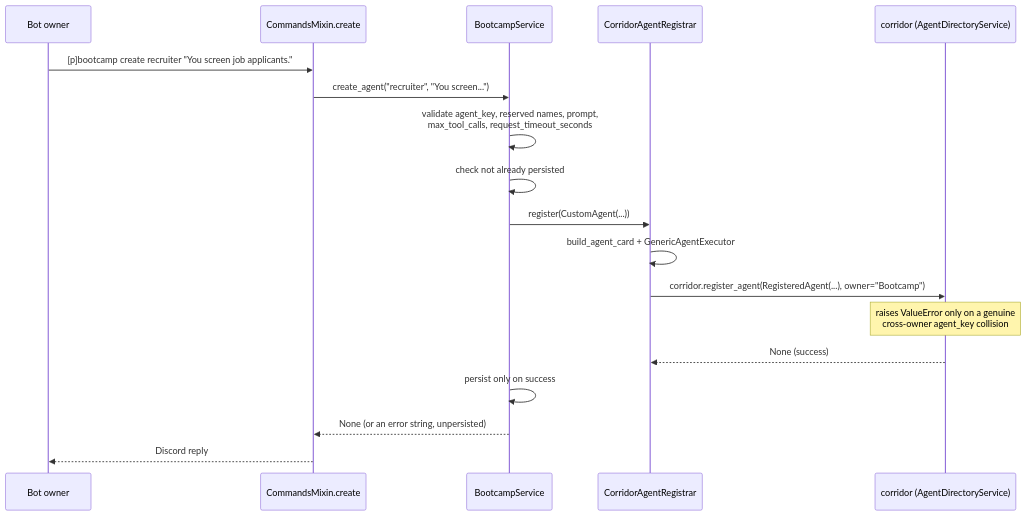
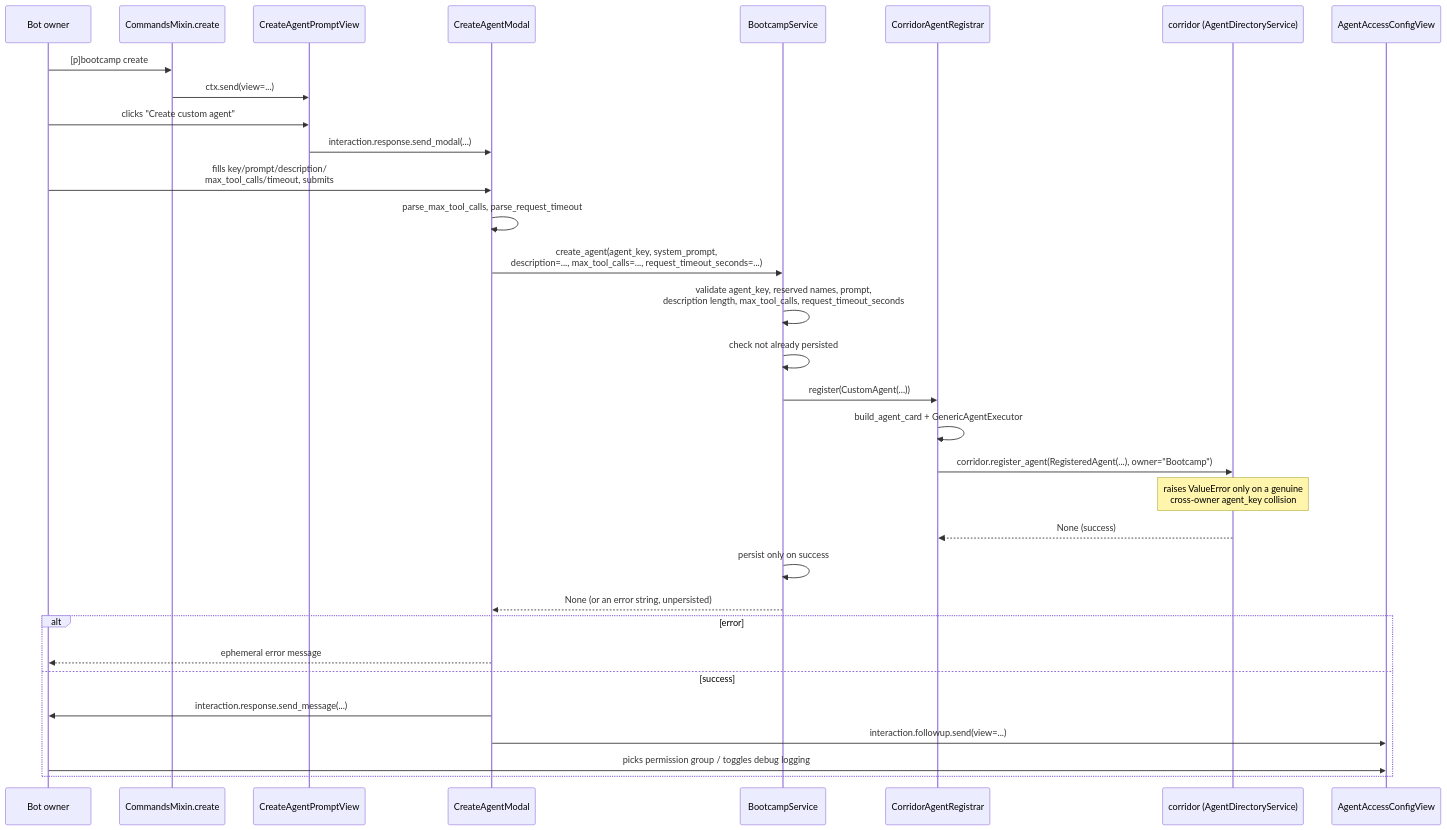
The second of 4 diagrams in docs/bootcamp-design.md (pixel-agents-hq/pixel-agents-cogs), drawn with Mermaid before and after one commit. The commit also changed other lines of this file and 16 other files, not shown here.

````diff
--- a/docs/bootcamp-design.md
+++ b/docs/bootcamp-design.md
@@ -144,21 +175,35 @@
 ```mermaid
 sequenceDiagram
     participant Owner as Bot owner
     participant Cmd as CommandsMixin.create
+    participant Prompt as CreateAgentPromptView
+    participant Modal as CreateAgentModal
     participant Svc as BootcampService
     participant Reg as CorridorAgentRegistrar
     participant Dir as corridor (AgentDirectoryService)
+    participant Access as AgentAccessConfigView
 
-    Owner->>Cmd: [p]bootcamp create recruiter "You screen job applicants."
-    Cmd->>Svc: create_agent("recruiter", "You screen...")
-    Svc->>Svc: validate agent_key, reserved names, prompt,<br/>max_tool_calls, request_timeout_seconds
+    Owner->>Cmd: [p]bootcamp create
+    Cmd->>Prompt: ctx.send(view=...)
+    Owner->>Prompt: clicks "Create custom agent"
+    Prompt->>Modal: interaction.response.send_modal(...)
+    Owner->>Modal: fills key/prompt/description/<br/>max_tool_calls/timeout, submits
+    Modal->>Modal: parse_max_tool_calls, parse_request_timeout
+    Modal->>Svc: create_agent(agent_key, system_prompt,<br/>description=..., max_tool_calls=..., request_timeout_seconds=...)
+    Svc->>Svc: validate agent_key, reserved names, prompt,<br/>description length, max_tool_calls, request_timeout_seconds
     Svc->>Svc: check not already persisted
     Svc->>Reg: register(CustomAgent(...))
     Reg->>Reg: build_agent_card + GenericAgentExecutor
     Reg->>Dir: corridor.register_agent(RegisteredAgent(...), owner="Bootcamp")
     Note over Dir: raises ValueError only on a genuine<br/>cross-owner agent_key collision
     Dir-->>Reg: None (success)
     Svc->>Svc: persist only on success
-    Svc-->>Cmd: None (or an error string, unpersisted)
-    Cmd-->>Owner: Discord reply
+    Svc-->>Modal: None (or an error string, unpersisted)
+    alt error
+        Modal-->>Owner: ephemeral error message
+    else success
+        Modal->>Owner: interaction.response.send_message(...)
+        Modal->>Access: interaction.followup.send(view=...)
+        Owner->>Access: picks permission group / toggles debug logging
+    end
 ```
````
